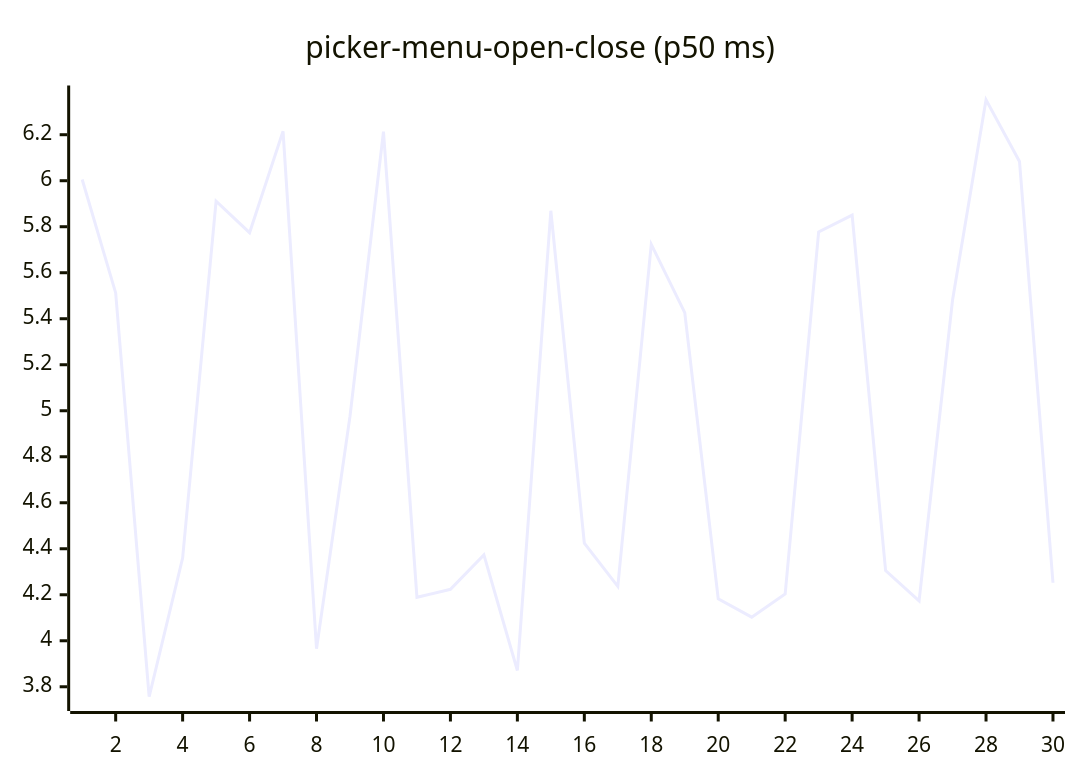
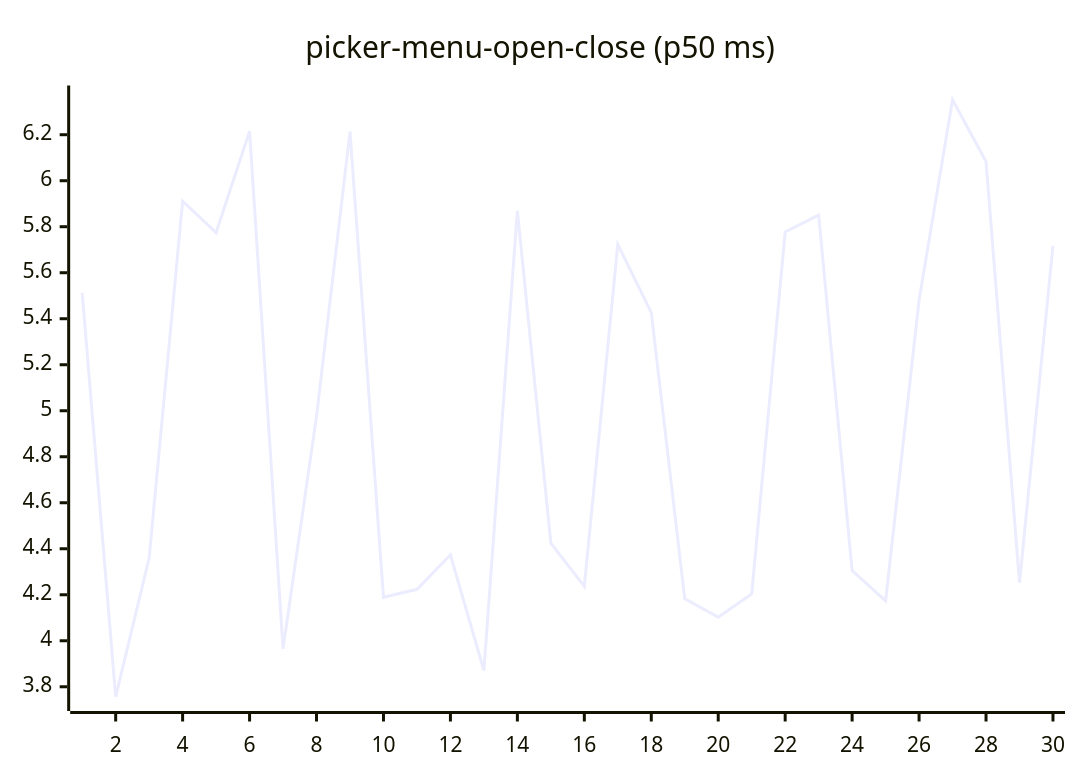
One commit to josha/Facet changed diagram 16 of 27 in README.md. Above: the diagram before and after it, drawn with Mermaid. The commit also changed other lines of this file and 2 other files, not shown here.

````diff
--- a/README.md
+++ b/README.md
@@ -168,6 +168,6 @@
 ```mermaid
 xychart-beta
     title "picker-menu-open-close (p50 ms)"
     x-axis 1 --> 30
-    line [6.0052, 5.5122, 3.7566, 4.3593, 5.9114, 5.7740, 6.2151, 3.9652, 4.9760, 6.2132, 4.1891, 4.2236, 4.3733, 3.8708, 5.8694, 4.4248, 4.2362, 5.7230, 5.4264, 4.1828, 4.1028, 4.2034, 5.7775, 5.8503, 4.3049, 4.1731, 5.4814, 6.3520, 6.0839, 4.2522]
+    line [5.5122, 3.7566, 4.3593, 5.9114, 5.7740, 6.2151, 3.9652, 4.9760, 6.2132, 4.1891, 4.2236, 4.3733, 3.8708, 5.8694, 4.4248, 4.2362, 5.7230, 5.4264, 4.1828, 4.1028, 4.2034, 5.7775, 5.8503, 4.3049, 4.1731, 5.4814, 6.3520, 6.0839, 4.2522, 5.7175]
 ```
````
